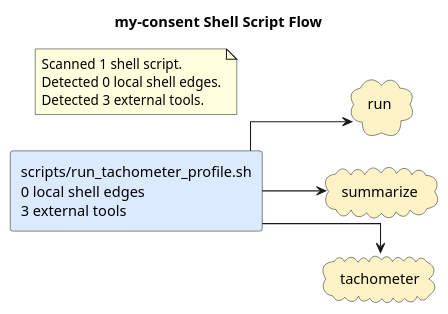
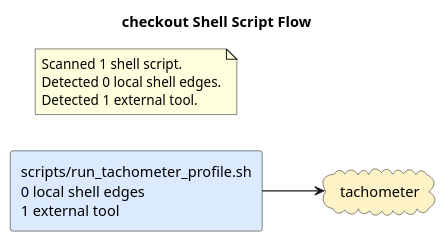
Before and after one commit to casonk/my-consent: the diagram in docs/diagrams/shell-call-graph.puml, drawn with PlantUML. The commit also changed 5 other files, not shown here.

Commit message:
docs: refresh generated architecture diagrams (#4)

```diff
--- a/docs/diagrams/shell-call-graph.puml
+++ b/docs/diagrams/shell-call-graph.puml
@@ -1,20 +1,16 @@
 @startuml
-title my-consent Shell Script Flow
+title checkout Shell Script Flow
 left to right direction
 skinparam shadowing false
 skinparam defaultFontName Monospace
 skinparam componentStyle rectangle
 skinparam linetype ortho
-rectangle "scripts/run_tachometer_profile.sh\n0 local shell edges\n3 external tools" as shell_scripts_run_tachometer_profile_sh #DBEAFE
-cloud "run" as tool_run #FEF3C7
-cloud "summarize" as tool_summarize #FEF3C7
+rectangle "scripts/run_tachometer_profile.sh\n0 local shell edges\n1 external tool" as shell_scripts_run_tachometer_profile_sh #DBEAFE
 cloud "tachometer" as tool_tachometer #FEF3C7
-shell_scripts_run_tachometer_profile_sh --> tool_run
-shell_scripts_run_tachometer_profile_sh --> tool_summarize
 shell_scripts_run_tachometer_profile_sh --> tool_tachometer
 note as shellGraphSummary
 Scanned 1 shell script.
 Detected 0 local shell edges.
-Detected 3 external tools.
+Detected 1 external tool.
 end note
 @enduml
```
